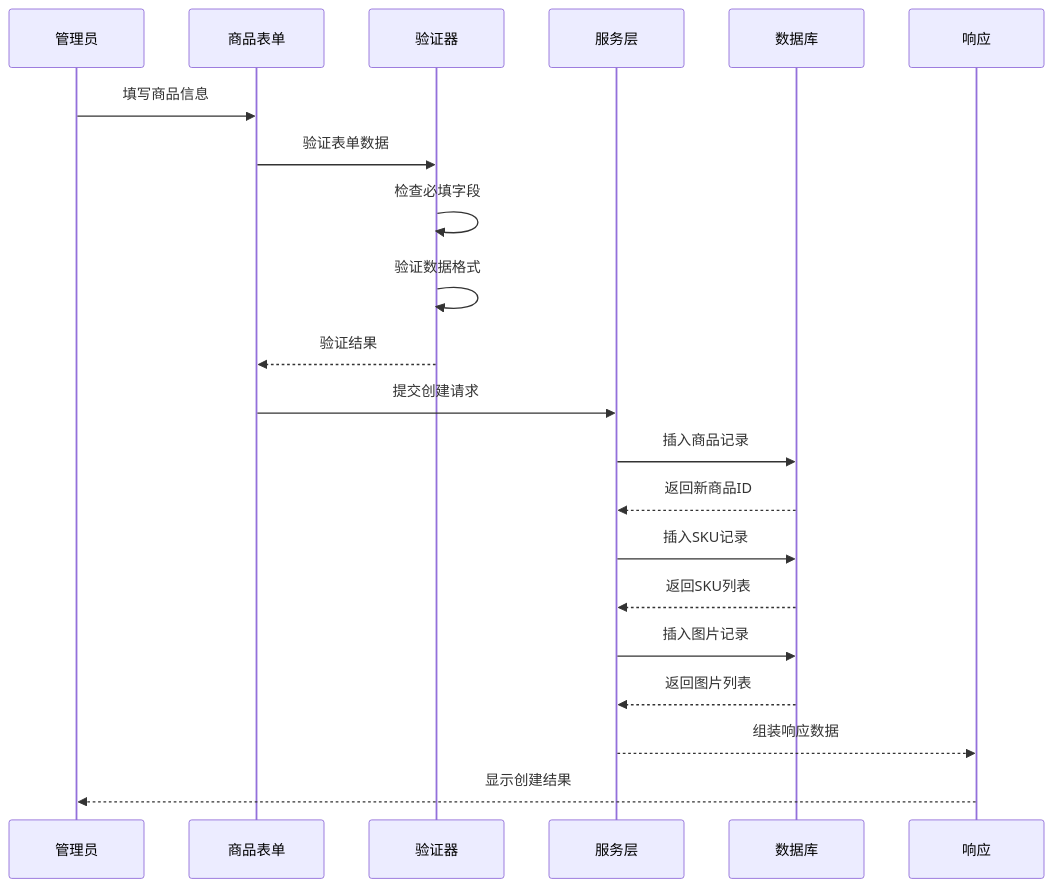
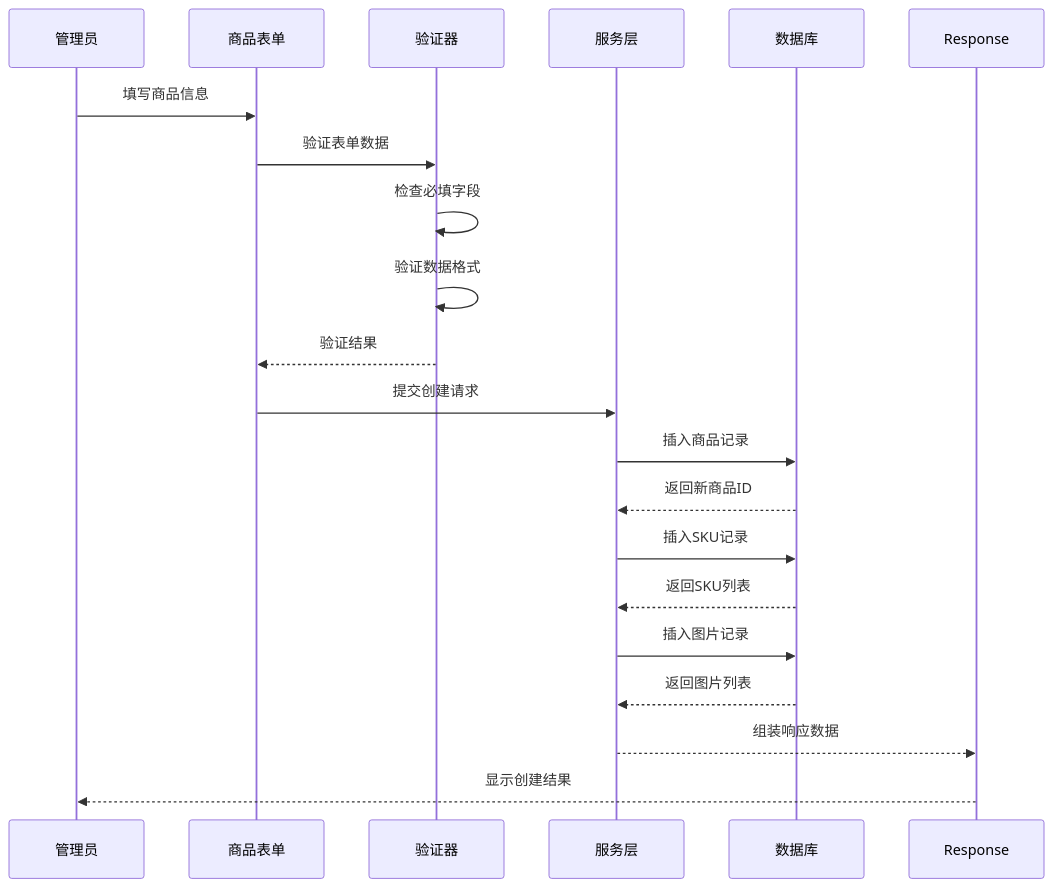
Diagram 13 of 16 in .qoder/repowiki/zh/content/管理后台系统/商品管理系统/商品编辑与创建.md (three3638-arch/celestia_2b), drawn with Mermaid before and after one commit. The commit also changed other lines of this file and 4 other files, not shown here.

````diff
--- a/.qoder/repowiki/zh/content/管理后台系统/商品管理系统/商品编辑与创建.md
+++ b/.qoder/repowiki/zh/content/管理后台系统/商品管理系统/商品编辑与创建.md
@@ -374,23 +515,22 @@
 ```mermaid
 sequenceDiagram
 participant Admin as 管理员
 participant Form as 商品表单
 participant Validation as 验证器
 participant Service as 服务层
 participant DB as 数据库
-participant Response as 响应
 Admin->>Form : 填写商品信息
 Form->>Validation : 验证表单数据
 Validation->>Validation : 检查必填字段
 Validation->>Validation : 验证数据格式
 Validation-->>Form : 验证结果
 Form->>Service : 提交创建请求
 Service->>DB : 插入商品记录
 DB-->>Service : 返回新商品ID
 Service->>DB : 插入SKU记录
 DB-->>Service : 返回SKU列表
 Service->>DB : 插入图片记录
 DB-->>Service : 返回图片列表
 Service-->>Response : 组装响应数据
 Response-->>Admin : 显示创建结果
 ```
````
